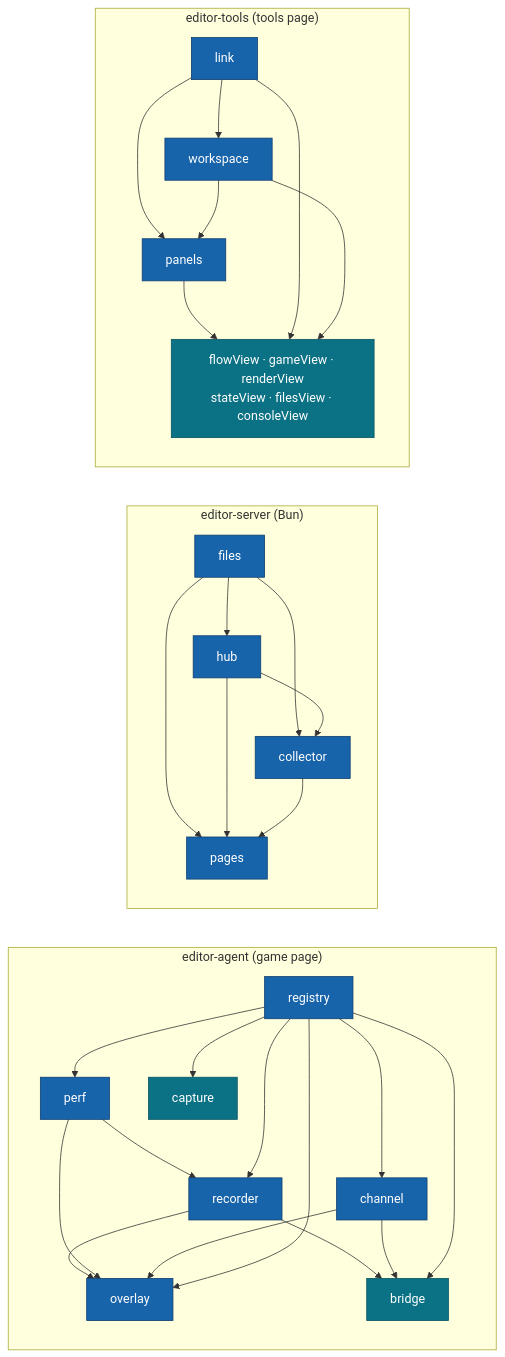
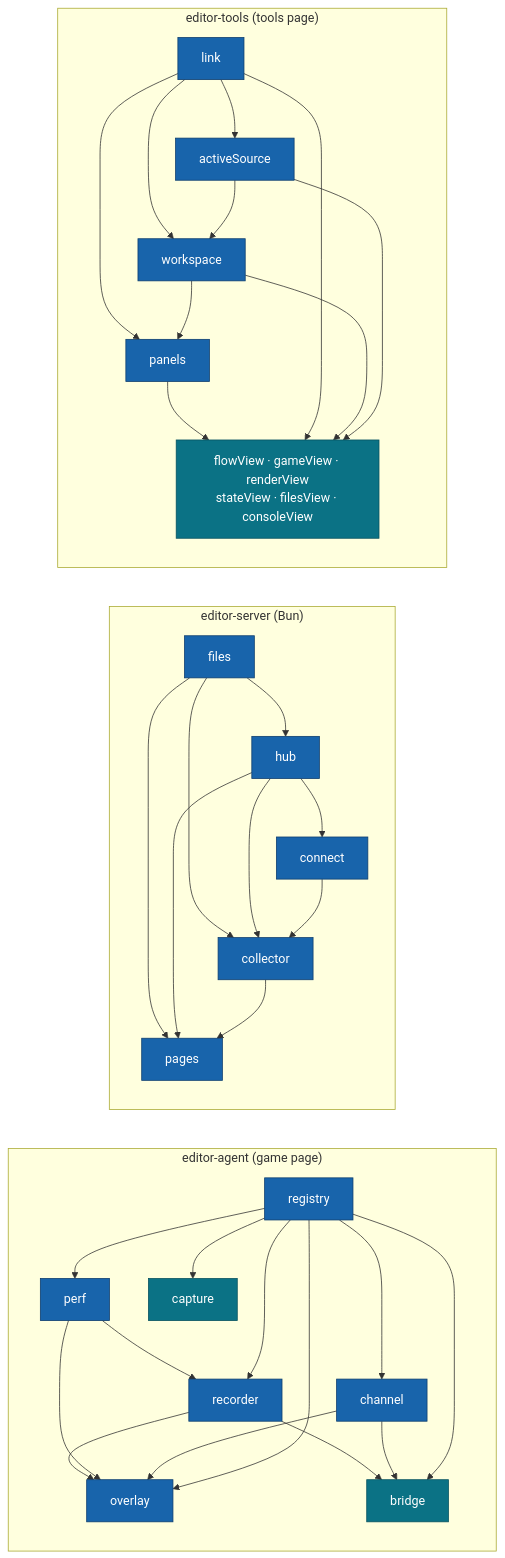
The third of 5 diagrams in README.md (moku-labs/editor), drawn with Mermaid before and after one commit. The commit also changed other lines of this file and 25 other files, not shown here.

````diff
--- a/README.md
+++ b/README.md
@@ -834,37 +945,42 @@
 ```mermaid
 flowchart LR
   subgraph agent ["editor-agent (game page)"]
     registry --> channel
     registry --> perf
     registry --> recorder
     perf --> recorder
     registry --> overlay
     channel --> overlay
     perf --> overlay
     recorder --> overlay
     registry --> bridge
     channel --> bridge
     recorder --> bridge
     registry --> capture
   end
   subgraph server ["editor-server (Bun)"]
     files --> hub
+    hub --> connect
     files --> collector
     hub --> collector
+    connect --> collector
     files --> pages
     hub --> pages
     collector --> pages
   end
   subgraph tools ["editor-tools (tools page)"]
+    link --> activeSource
     link --> workspace
+    activeSource --> workspace
     link --> panels
     workspace --> panels
     panels --> views["flowView · gameView · renderView<br/>stateView · filesView · consoleView"]
     link --> views
     workspace --> views
+    activeSource --> views
   end
   classDef m fill:#1864ab,stroke:#0d3d6e,color:#fff;
   classDef u fill:#0b7285,stroke:#08525f,color:#fff;
-  class registry,channel,perf,recorder,overlay,files,hub,collector,pages,link,workspace,panels m
+  class registry,channel,perf,recorder,overlay,files,hub,connect,collector,pages,link,activeSource,workspace,panels m
   class bridge,capture,views u
 ```
````
